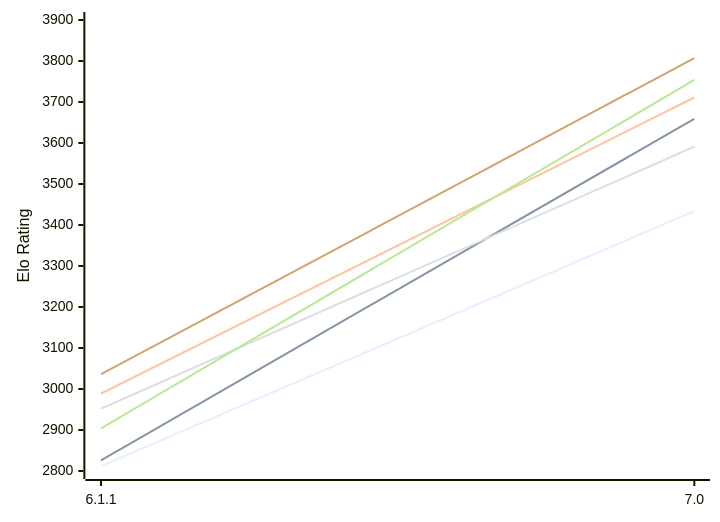
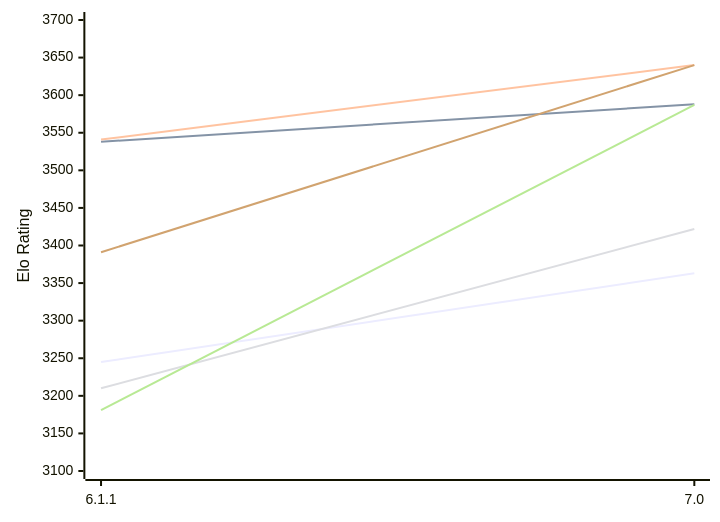
The first of 2 diagrams in engines/Astra.md (computer-chess-index/cci), drawn with Mermaid before and after one commit. The commit also changed other lines of this file, not shown here.

Commit message:
Update CCI Ratings (ELO VLTC) - 2026-11-13

````diff
--- a/engines/Astra.md
+++ b/engines/Astra.md
@@ -50,12 +50,12 @@
 ```mermaid
 %%{init: {"theme":"base","themeVariables":{"seriesColors:['#a3a3a3','#222221','#faa371']}}}%%
 xychart-beta
   x-axis ["6.1.1", "7.0"]
-  y-axis "Elo Rating" 2800 --> 3900
-  line "E1: STC (8.0+0.08s)" [2812, 3434]
-  line "E1: LTC (60.0+0.60s)" [2826, 3659]
-  line "E1: VLTC (2m24s+1.12s)" [2989, 3711]
-  line "P1: STC (8.0+0.08s)" [2952, 3591]
-  line "P1: LTC (60.0+0.60s)" [2904, 3754]
-  line "P1: VLTC (2m24s+1.12s)" [3036, 3807]
+  y-axis "Elo Rating" 3100 --> 3700
+  line "E1: STC (8.0+0.08s)" [3245, 3363]
+  line "E1: LTC (60.0+0.60s)" [3538, 3588]
+  line "E1: VLTC (2m24s+1.12s)" [3541, 3640]
+  line "P1: STC (8.0+0.08s)" [3210, 3422]
+  line "P1: LTC (60.0+0.60s)" [3181, 3587]
+  line "P1: VLTC (2m24s+1.12s)" [3391, 3640]
 ```
````
